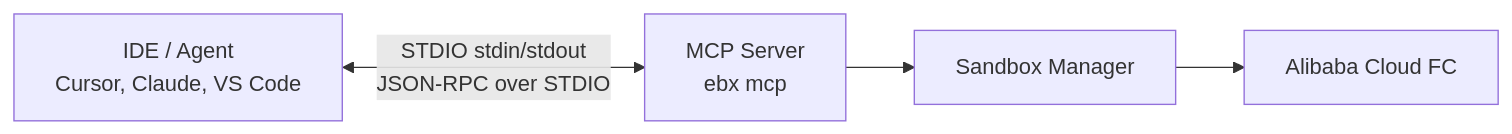
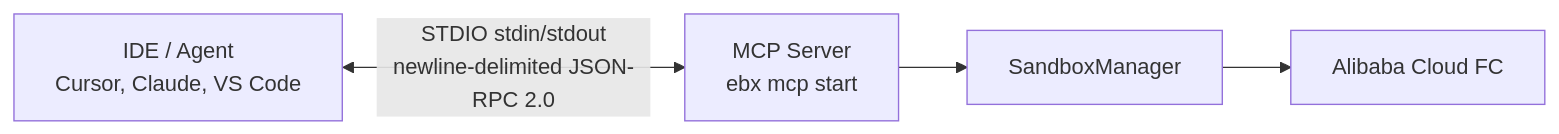
The third of 6 diagrams in docs/en/design/mcp-server.md (Easy-Sandbox/easy-sandbox), drawn with Mermaid before and after one commit. The commit also changed other lines of this file and 338 other files, not shown here.

````diff
--- a/docs/en/design/mcp-server.md
+++ b/docs/en/design/mcp-server.md
@@ -262,6 +253,6 @@
 ```mermaid
 graph LR
-    IDE["IDE / Agent<br/>Cursor, Claude, VS Code"] <-->|"STDIO stdin/stdout<br/>JSON-RPC over STDIO"| MCP["MCP Server<br/>ebx mcp"]
-    MCP --> SM[Sandbox Manager]
+    IDE["IDE / Agent<br/>Cursor, Claude, VS Code"] <-->|"STDIO stdin/stdout<br/>newline-delimited JSON-RPC 2.0"| MCP["MCP Server<br/>ebx mcp start"]
+    MCP --> SM[SandboxManager]
     SM --> FC[Alibaba Cloud FC]
 ```
````
